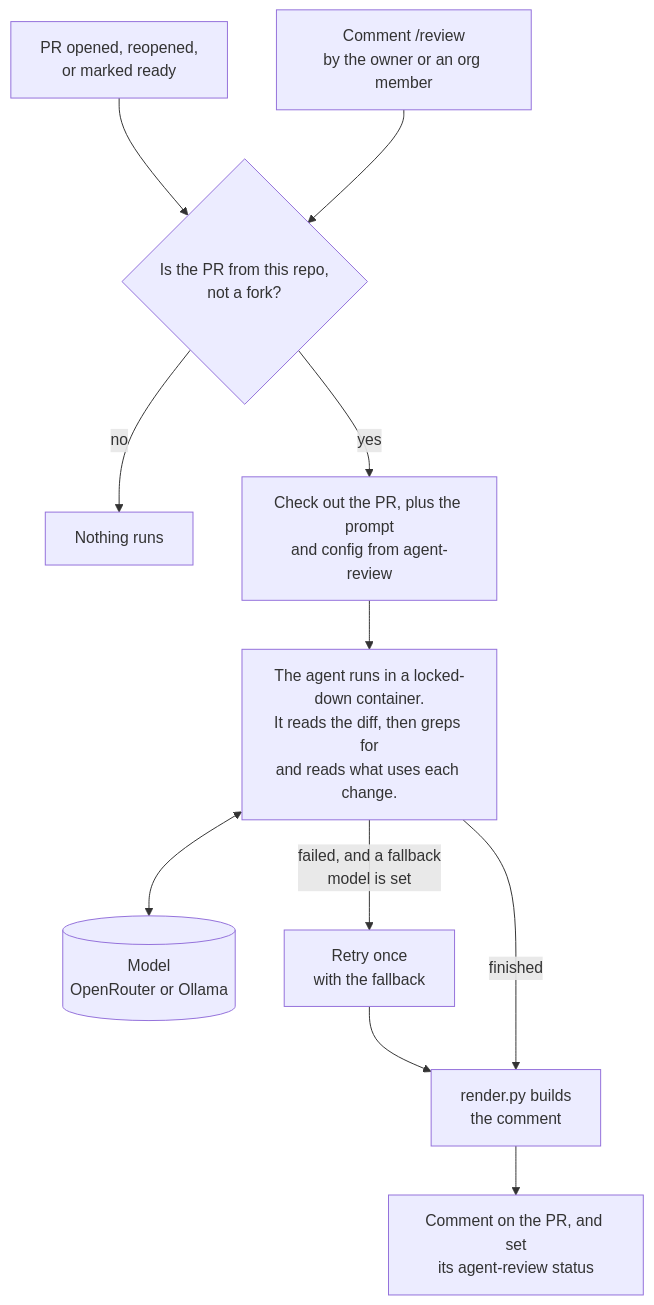
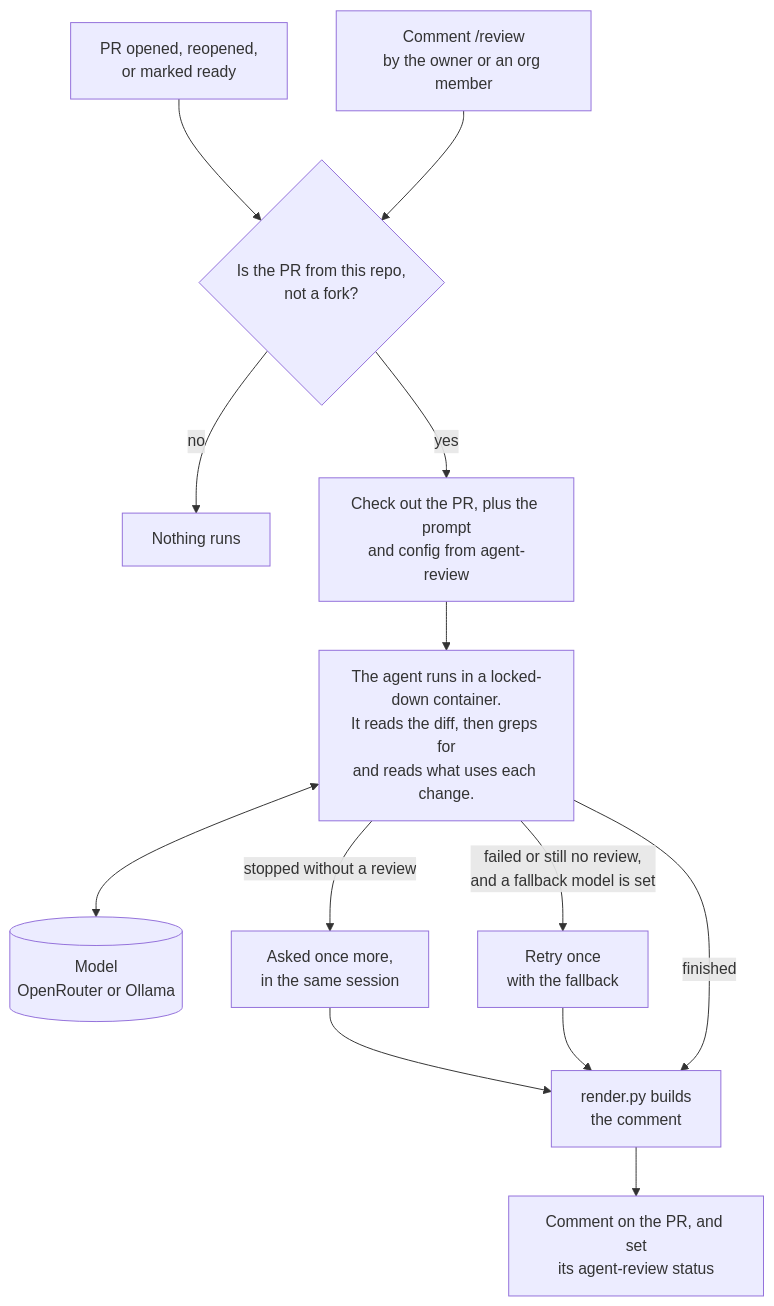
Before and after one commit to aachtenberg/agent-review: the first of 2 diagrams in README.md, drawn with Mermaid. The commit also changed other lines of this file and 7 other files, not shown here.

````diff
--- a/README.md
+++ b/README.md
@@ -22,14 +22,16 @@
 ```mermaid
 flowchart TD
     A["PR opened, reopened,<br/>or marked ready"] --> C
     B["Comment /review<br/>by the owner or an org member"] --> C
     C{"Is the PR from this repo,<br/>not a fork?"}
     C -- no --> S["Nothing runs"]
     C -- yes --> D["Check out the PR, plus the prompt<br/>and config from agent-review"]
     D --> E["The agent runs in a locked-down container.<br/>It reads the diff, then greps for<br/>and reads what uses each change."]
     E <--> M[("Model<br/>OpenRouter or Ollama")]
-    E -- "failed, and a fallback<br/>model is set" --> F["Retry once<br/>with the fallback"]
+    E -- "stopped without a review" --> N["Asked once more,<br/>in the same session"]
+    N --> R
+    E -- "failed or still no review,<br/>and a fallback model is set" --> F["Retry once<br/>with the fallback"]
     F --> R
     E -- finished --> R["render.py builds<br/>the comment"]
     R --> P["Comment on the PR, and set<br/>its agent-review status"]
 ```
````
